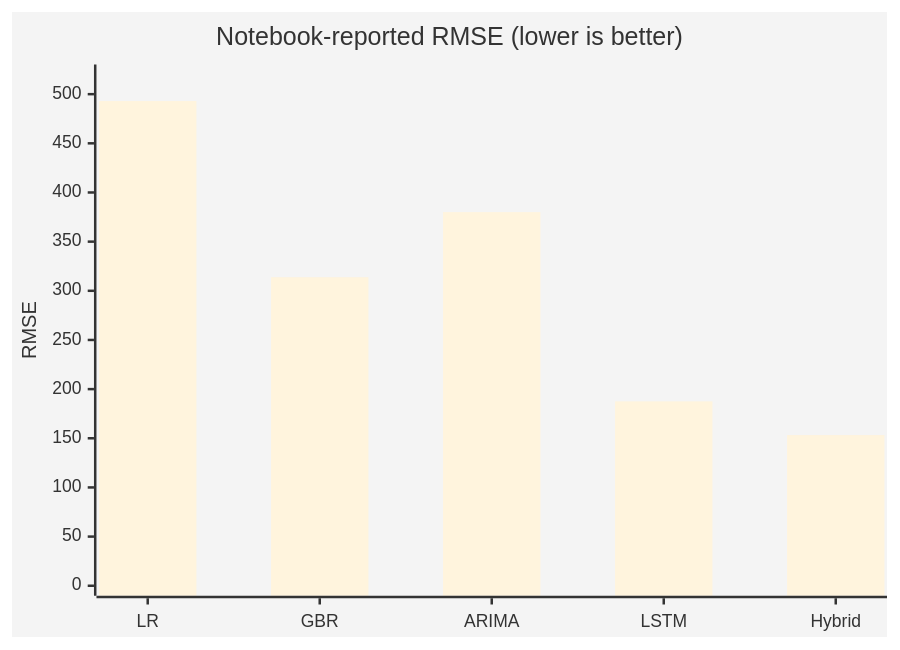
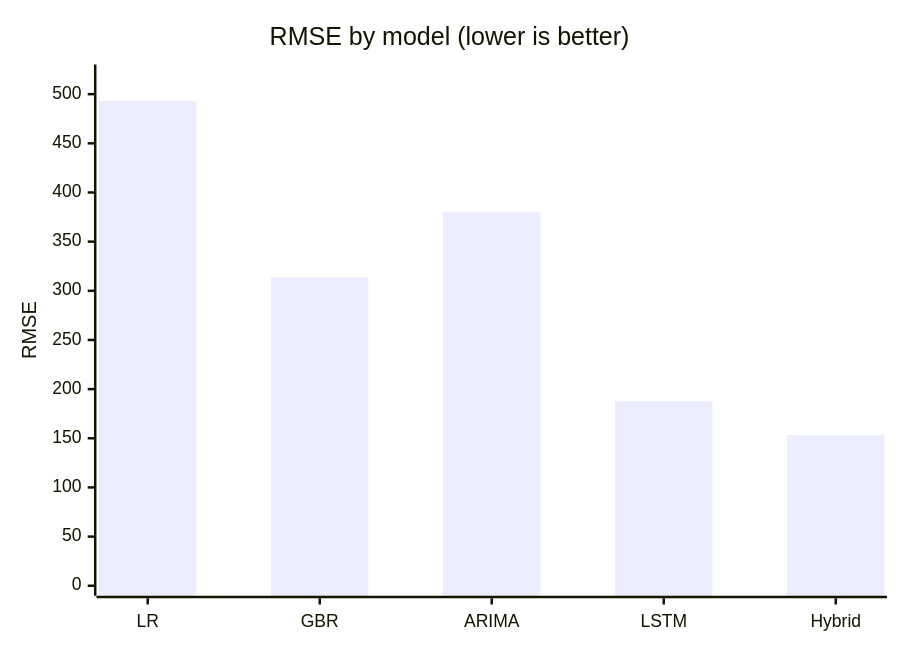
Before and after one commit to ArchanaChetan07/Metro-Interstate-Traffic-Volume-Forecasting: the second of 9 diagrams in README.md, drawn with Mermaid. The commit also changed other lines of this file, not shown here.

Commit message:
docs: elevate README for ML portfolio visibility (diagrams, metrics preserved)

````diff
--- a/README.md
+++ b/README.md
@@ -187,8 +61,7 @@
 ```mermaid
-%%{init: {'theme':'base'}}%%
 xychart-beta
-  title "Notebook-reported RMSE (lower is better)"
+  title "RMSE by model (lower is better)"
   x-axis ["LR", "GBR", "ARIMA", "LSTM", "Hybrid"]
   y-axis "RMSE" 0 --> 520
   bar [493.009, 313.802, 380.019, 187.541, 153.259]
 ```
````
